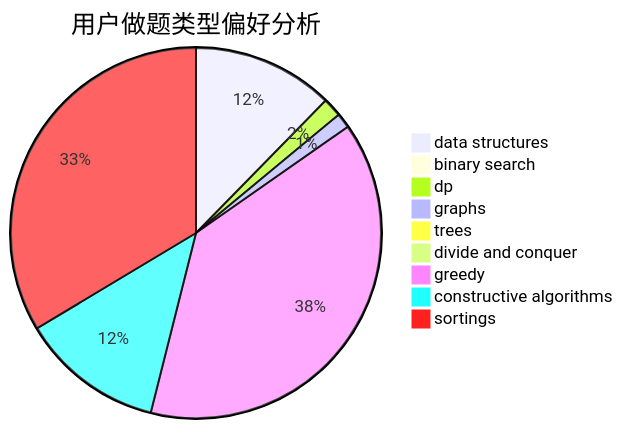
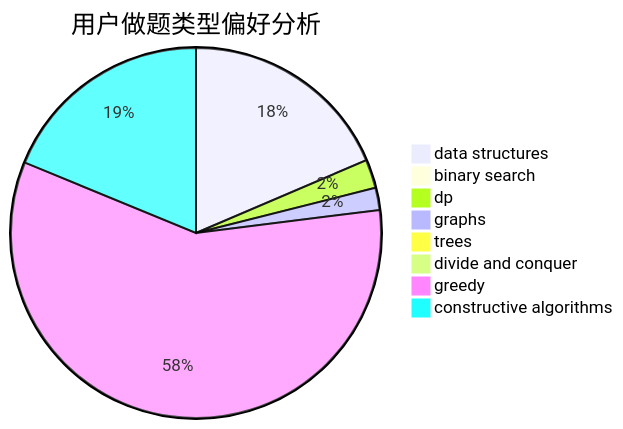
One commit to sherpahu/cfrs.github.io changed the second of 3 diagrams in docs/user/u743.md. Above: the diagram before and after it, drawn with Mermaid. The commit also changed other lines of this file and 2769 other files, not shown here.

````diff
--- a/docs/user/u743.md
+++ b/docs/user/u743.md
@@ -18,12 +18,11 @@
 ```mermaid
 pie title 用户做题类型偏好分析
     "data structures" :  171
     "binary search" :  5
     "dp" :  23
     "graphs" :  18
     "trees" :  3
     "divide and conquer" :  0
     "greedy" :  536
     "constructive algorithms" :  173
-    "sortings" :  466
 ```
````
